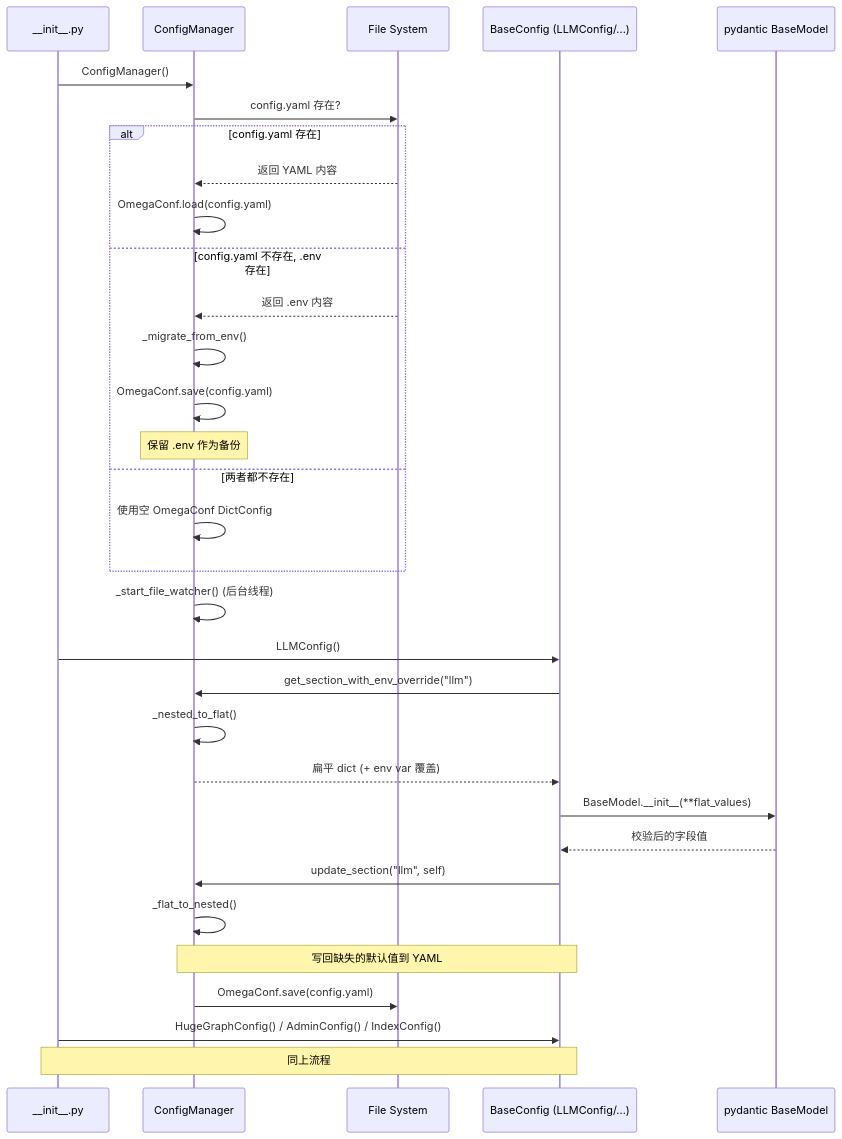
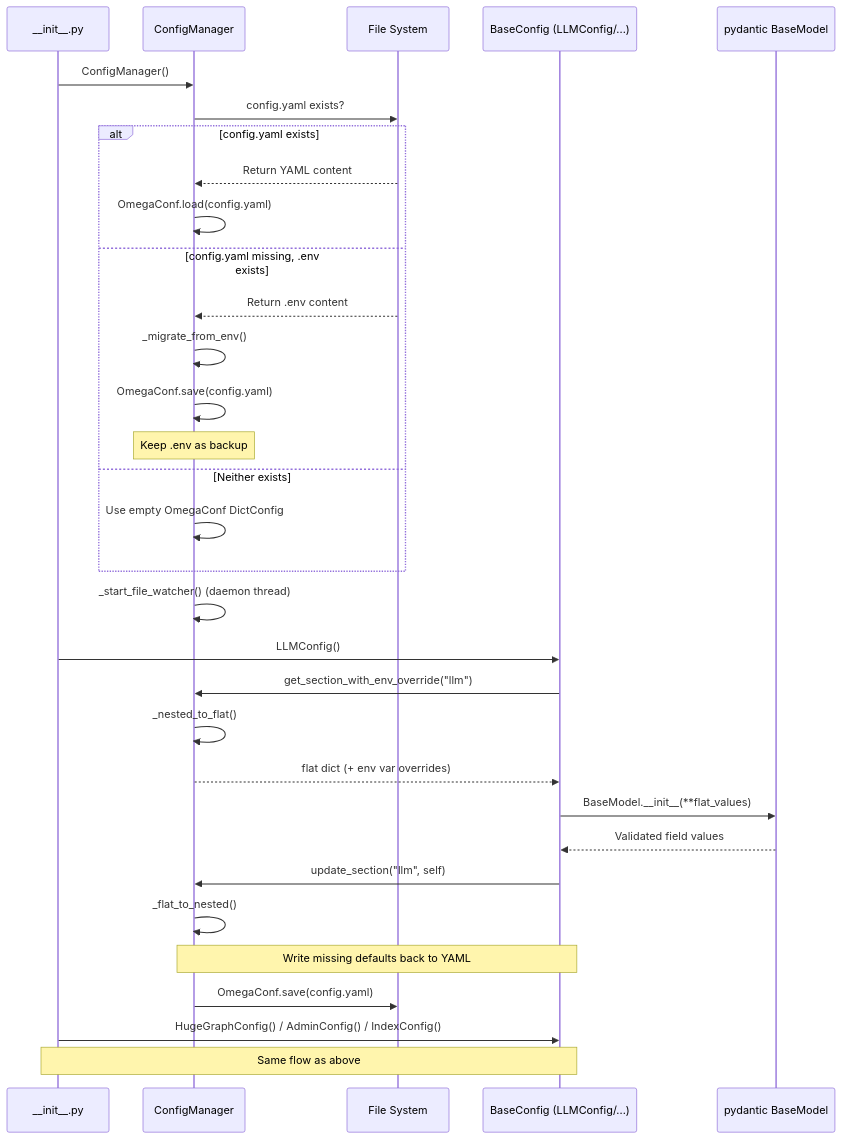
The first of 4 diagrams in .workflow/yaml-config-migration/design.md (apache/hugegraph-ai), drawn with Mermaid before and after one commit. The commit also changed other lines of this file and 2 other files, not shown here.

````diff
--- a/.workflow/yaml-config-migration/design.md
+++ b/.workflow/yaml-config-migration/design.md
@@ -35,37 +36,37 @@
 ```mermaid
 sequenceDiagram
     participant Main as __init__.py
     participant CM as ConfigManager
     participant FS as File System
     participant BC as BaseConfig (LLMConfig/...)
     participant Pydantic as pydantic BaseModel
 
     Main->>CM: ConfigManager()
-    CM->>FS: config.yaml 存在?
-    alt config.yaml 存在
-        FS-->>CM: 返回 YAML 内容
+    CM->>FS: config.yaml exists?
+    alt config.yaml exists
+        FS-->>CM: Return YAML content
         CM->>CM: OmegaConf.load(config.yaml)
-    else config.yaml 不存在, .env 存在
-        FS-->>CM: 返回 .env 内容
+    else config.yaml missing, .env exists
+        FS-->>CM: Return .env content
         CM->>CM: _migrate_from_env()
         CM->>CM: OmegaConf.save(config.yaml)
-        Note over CM: 保留 .env 作为备份
-    else 两者都不存在
-        CM->>CM: 使用空 OmegaConf DictConfig
+        Note over CM: Keep .env as backup
+    else Neither exists
+        CM->>CM: Use empty OmegaConf DictConfig
     end
-    CM->>CM: _start_file_watcher() (后台线程)
+    CM->>CM: _start_file_watcher() (daemon thread)
 
     Main->>BC: LLMConfig()
     BC->>CM: get_section_with_env_override("llm")
-    CM->>CM: _nested_to_flat()  # 嵌套 YAML → 扁平 dict
-    CM-->>BC: 扁平 dict (+ env var 覆盖)
+    CM->>CM: _nested_to_flat()  # Nested YAML → flat dict
+    CM-->>BC: flat dict (+ env var overrides)
     BC->>Pydantic: BaseModel.__init__(**flat_values)
-    Pydantic-->>BC: 校验后的字段值
+    Pydantic-->>BC: Validated field values
     BC->>CM: update_section("llm", self)
-    CM->>CM: _flat_to_nested()  # 扁平 → 嵌套写入 YAML
-    Note over BC,CM: 写回缺失的默认值到 YAML
+    CM->>CM: _flat_to_nested()  # Flat → nested for YAML write
+    Note over BC,CM: Write missing defaults back to YAML
     CM->>FS: OmegaConf.save(config.yaml)
 
     Main->>BC: HugeGraphConfig() / AdminConfig() / IndexConfig()
-    Note over Main,BC: 同上流程
+    Note over Main,BC: Same flow as above
 ```
````
